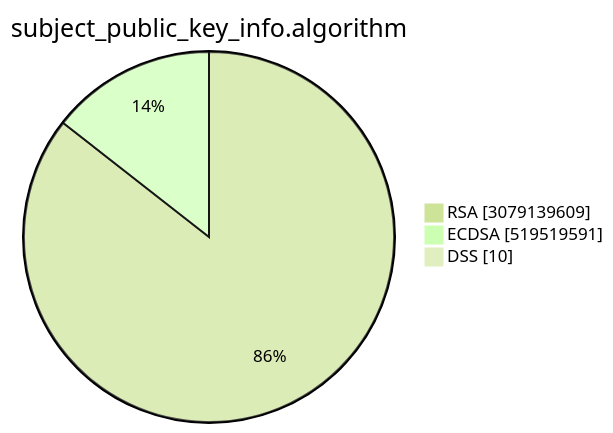
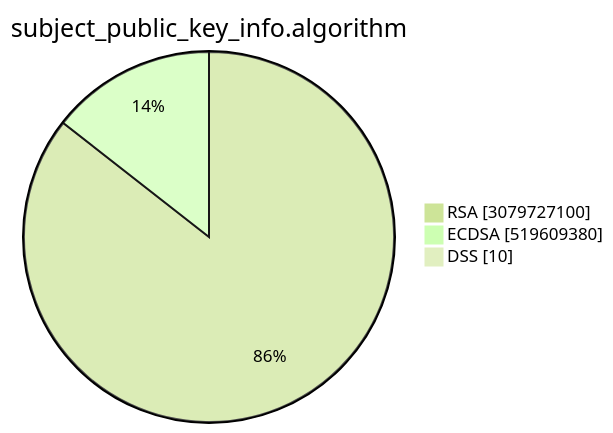
Before and after one commit to christiankrug/ctmonitor_visualization: the second of 15 diagrams in TOTAL/README.md, drawn with Mermaid (forest theme). The commit also changed other lines of this file, not shown here.

````diff
--- a/TOTAL/README.md
+++ b/TOTAL/README.md
@@ -6,7 +6,7 @@
 ```mermaid
 pie showData
 title subject_public_key_info.algorithm
-"RSA" :3079139609
-"ECDSA" :519519591
+"RSA" :3079727100
+"ECDSA" :519609380
 "DSS" :10
 ```
````
